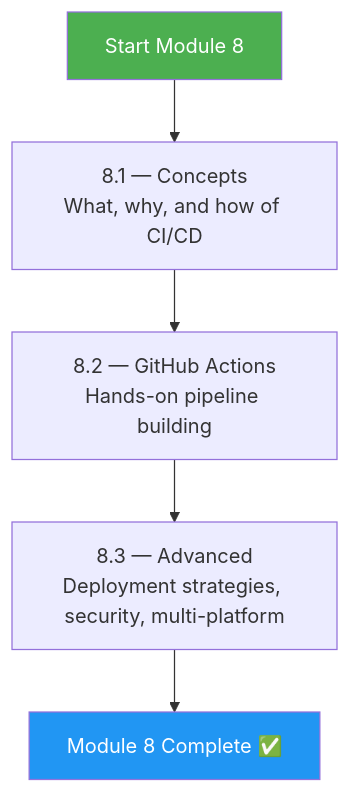
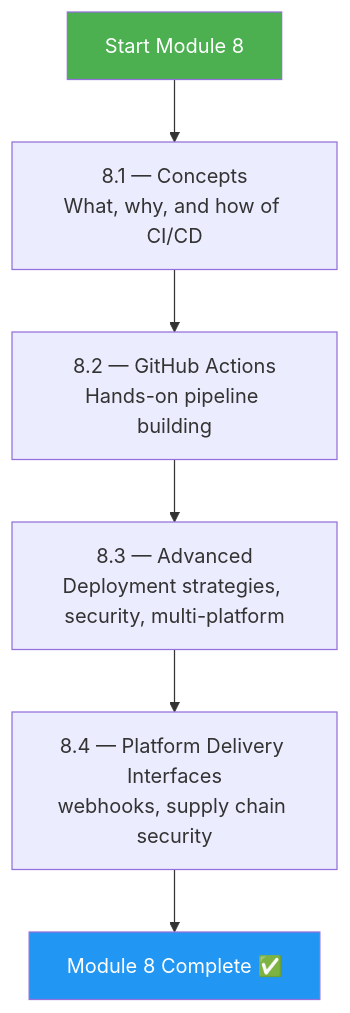
One commit to VidhyadharanSS/PlatformEngineeringNotes changed the second of 3 diagrams in 8-CICD/Module_8_Approach_Guide.md. Above: the diagram before and after it, drawn with Mermaid. The commit also changed other lines of this file and 120 other files, not shown here.

````diff
--- a/8-CICD/Module_8_Approach_Guide.md
+++ b/8-CICD/Module_8_Approach_Guide.md
@@ -52,10 +55,11 @@
 ```mermaid
 flowchart TD
     A[Start Module 8] --> B["8.1 — Concepts<br/>What, why, and how of CI/CD"]
     B --> C["8.2 — GitHub Actions<br/>Hands-on pipeline building"]
     C --> D["8.3 — Advanced<br/>Deployment strategies, security, multi-platform"]
-    D --> E[Module 8 Complete ✅]
+    D --> P["8.4 — Platform Delivery Interfaces<br/>webhooks, supply chain security"]
+    P --> E[Module 8 Complete ✅]
 
     style A fill:#4CAF50,color:#fff
     style E fill:#2196F3,color:#fff
 ```
````
